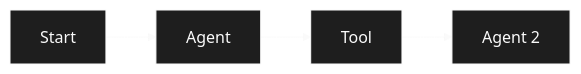
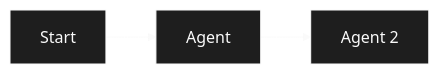
Before and after one commit to splox-ai/docs: the second of 12 diagrams in concepts/workflows.mdx, drawn with Mermaid. The commit also changed other lines of this file, not shown here.

Commit message:
Remove Tool node from workflow diagrams for clarity

````diff
--- a/concepts/workflows.mdx
+++ b/concepts/workflows.mdx
@@ -242,10 +241,9 @@
 ```mermaid
 %%{init: {'theme':'base', 'themeVariables': {'primaryColor':'#252526','primaryTextColor':'#fafafa','primaryBorderColor':'#fafafa','lineColor':'#fafafa','secondaryColor':'#1e1e1e','tertiaryColor':'#252526','background':'#1e1e1e','mainBkg':'#252526','secondBkg':'#1e1e1e','textColor':'#fafafa','nodeTextColor':'#fafafa','nodeBorder':'#fafafa','edgeLabelBackground':'#252526'}}}%%
 graph LR
-    Start[Start] --> Agent[Agent] --> Tool[Tool] --> Next[Agent 2]
+    Start[Start] --> Agent[Agent] --> Next[Agent 2]
     
     style Start fill:#1e1e1e,stroke:#fafafa
     style Agent fill:#1e1e1e,stroke:#fafafa
-    style Tool fill:#1e1e1e,stroke:#fafafa
     style Next fill:#1e1e1e,stroke:#fafafa
 ```
````
